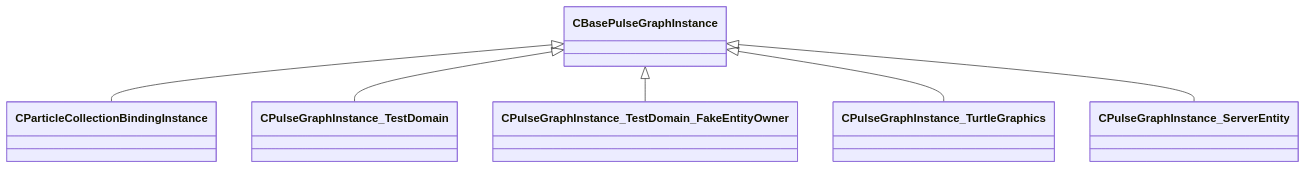
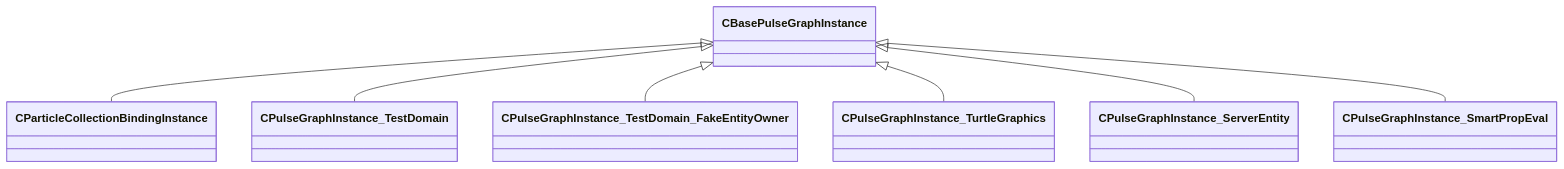
The first of 46 diagrams in docs/schemas/pulse_runtime_lib.md (sid2934/CS2-OpenDevDocs), drawn with Mermaid before and after one commit. The commit also changed other lines of this file and 41 other files, not shown here.

````diff
--- a/docs/schemas/pulse_runtime_lib.md
+++ b/docs/schemas/pulse_runtime_lib.md
@@ -130,8 +130,9 @@
 ```mermaid
 classDiagram
     CBasePulseGraphInstance <|-- CParticleCollectionBindingInstance
     CBasePulseGraphInstance <|-- CPulseGraphInstance_TestDomain
     CBasePulseGraphInstance <|-- CPulseGraphInstance_TestDomain_FakeEntityOwner
     CBasePulseGraphInstance <|-- CPulseGraphInstance_TurtleGraphics
     CBasePulseGraphInstance <|-- CPulseGraphInstance_ServerEntity
+    CBasePulseGraphInstance <|-- CPulseGraphInstance_SmartPropEval
 ```
````
